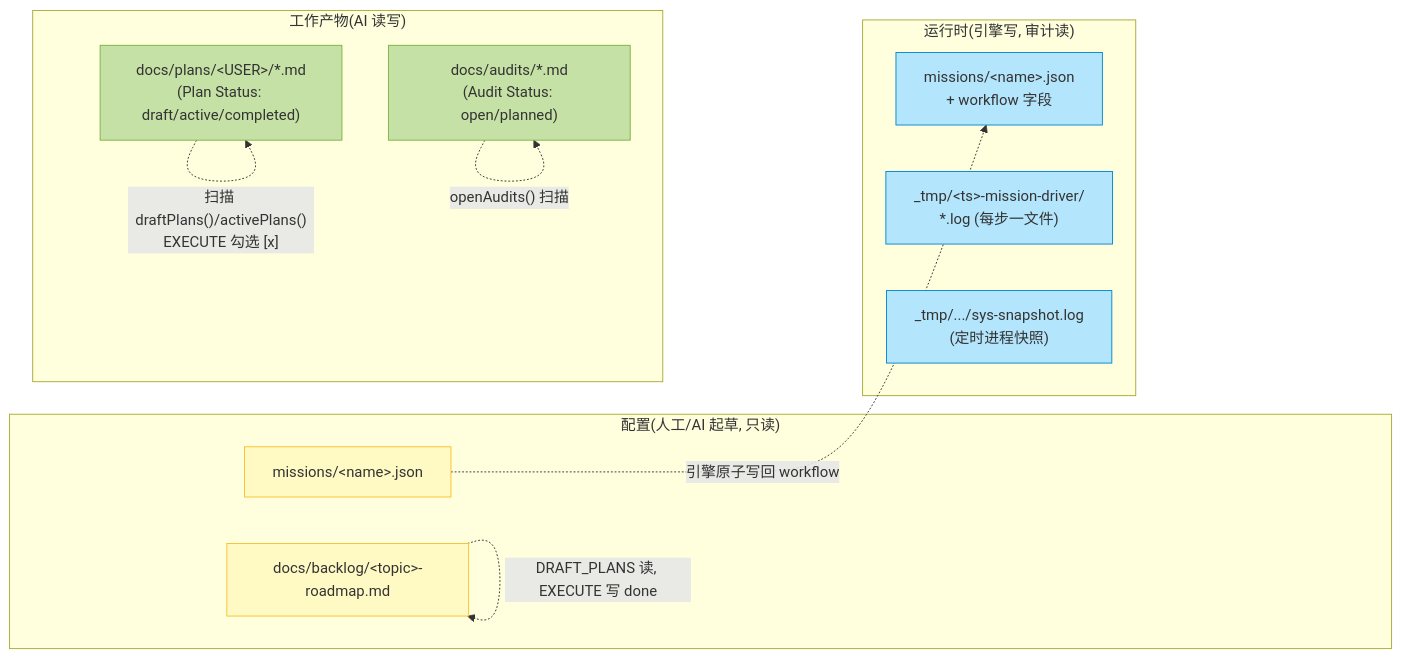
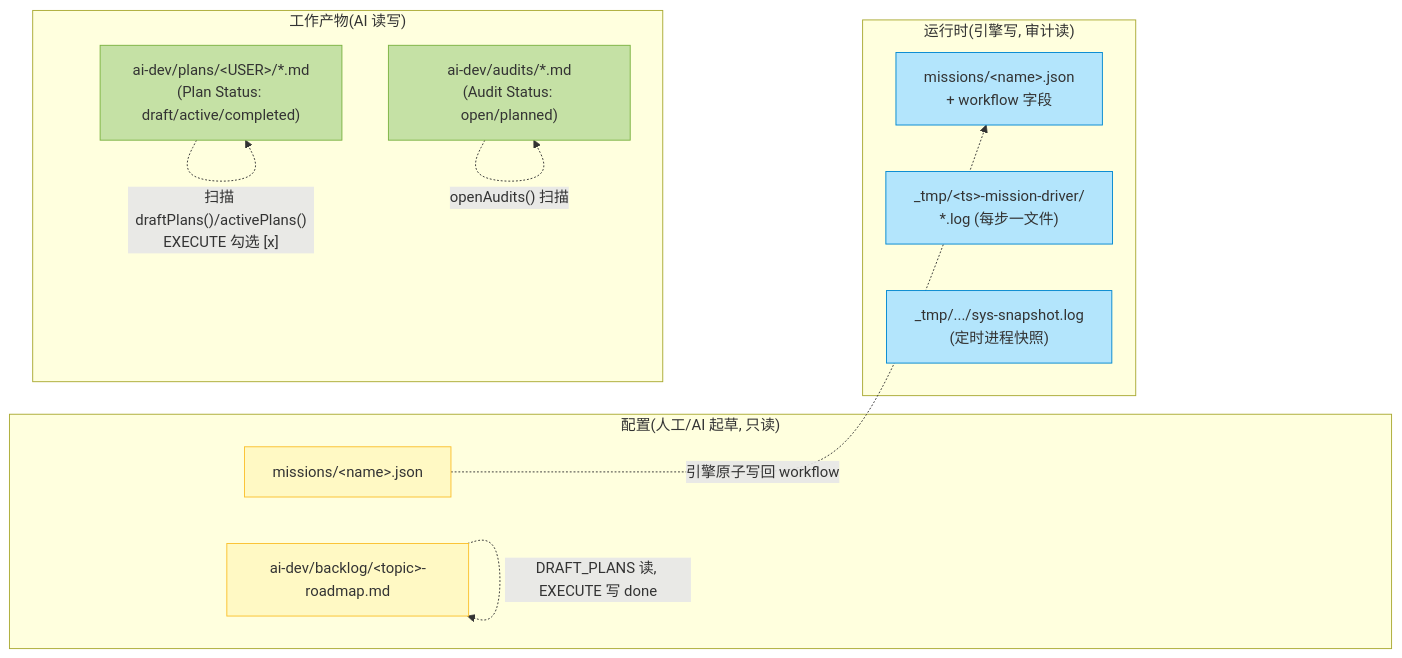
Before and after one commit to entropy-cloud/nop-entropy: the ninth of 10 diagrams in tools/mission-driver/EXECUTION-PRINCIPLE.md, drawn with Mermaid. The commit also changed other lines of this file and 15 other files, not shown here.

````diff
--- a/tools/mission-driver/EXECUTION-PRINCIPLE.md
+++ b/tools/mission-driver/EXECUTION-PRINCIPLE.md
@@ -492,30 +492,30 @@
 ```mermaid
 graph LR
     subgraph 配置["配置(人工/AI 起草, 只读)"]
         MJSON["missions/&lt;name&gt;.json"]
-        RM["docs/backlog/&lt;topic&gt;-roadmap.md"]
+        RM["ai-dev/backlog/&lt;topic&gt;-roadmap.md"]
     end
 
     subgraph 工作产物["工作产物(AI 读写)"]
-        PLANS["docs/plans/&lt;USER&gt;/*.md<br/>(Plan Status: draft/active/completed)"]
-        AUDITS["docs/audits/*.md<br/>(Audit Status: open/planned)"]
+        PLANS["ai-dev/plans/&lt;USER&gt;/*.md<br/>(Plan Status: draft/active/completed)"]
+        AUDITS["ai-dev/audits/*.md<br/>(Audit Status: open/planned)"]
     end
 
     subgraph 运行时["运行时(引擎写, 审计读)"]
         WF["missions/&lt;name&gt;.json<br/>+ workflow 字段"]
         LOGS["_tmp/&lt;ts&gt;-mission-driver/<br/>*.log (每步一文件)"]
         SNAP["_tmp/.../sys-snapshot.log<br/>(定时进程快照)"]
     end
 
     MJSON -.引擎原子写回 workflow.-> WF
     RM -.DRAFT_PLANS 读, EXECUTE 写 done.-> RM
     PLANS -.扫描 draftPlans()/activePlans()<br/>EXECUTE 勾选 [x].-> PLANS
     AUDITS -.openAudits() 扫描.-> AUDITS
 
     classDef cfg fill:#fff9c4,stroke:#fbc02d;
     classDef work fill:#c5e1a5,stroke:#7cb342;
     classDef rt fill:#b3e5fc,stroke:#0288d1;
     class MJSON,RM cfg;
     class PLANS,AUDITS work;
     class WF,LOGS,SNAP rt;
 ```
````
